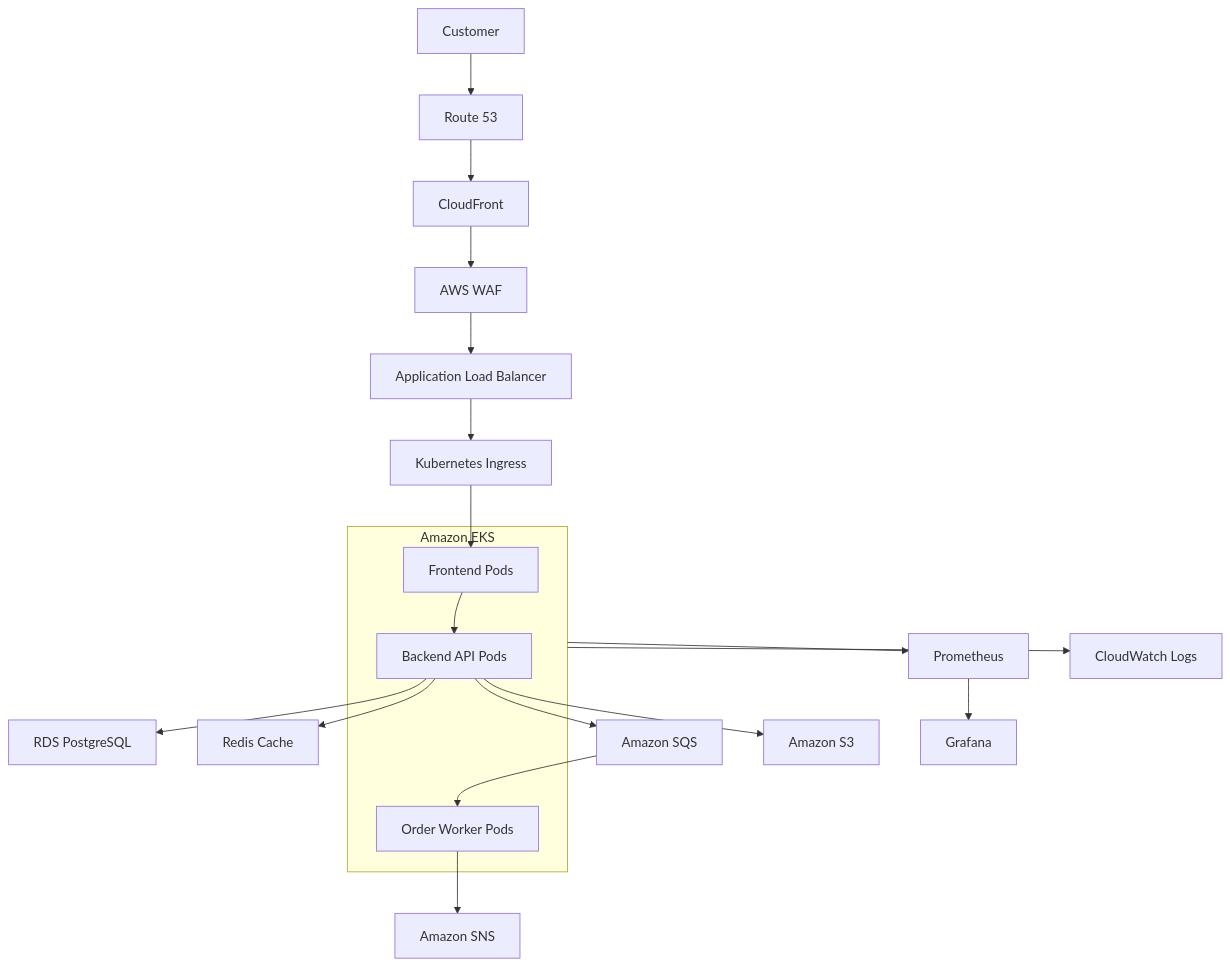
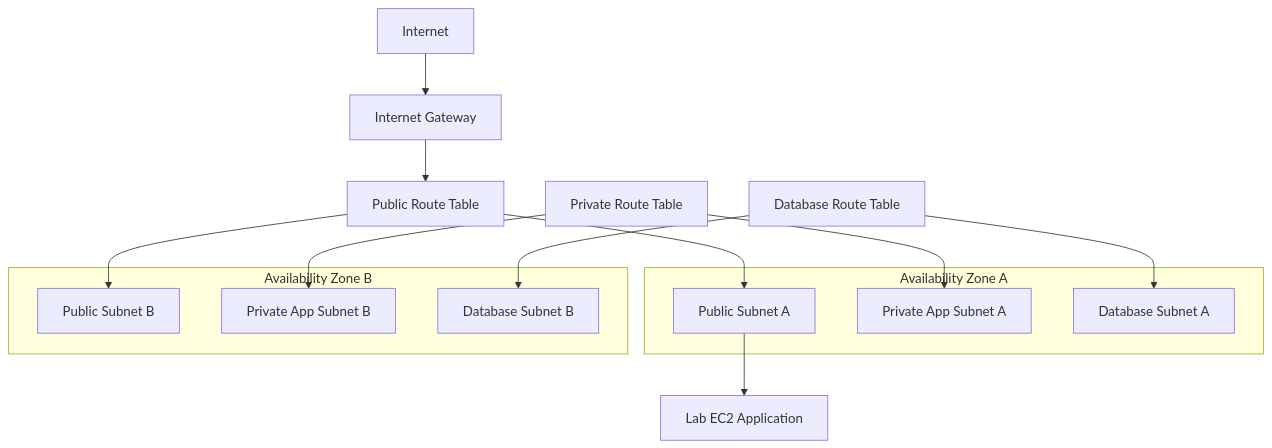
Before and after one commit to anshu-sharma-devops/cloudcart-production-devops-platform: the third of 11 diagrams in README.md, drawn with Mermaid. The commit also changed other lines of this file and 1 other file, not shown here.

````diff
--- a/README.md
+++ b/README.md
@@ -183,28 +160,26 @@
 ```mermaid
-flowchart TD
-    Customer["Customer"] --> DNS["Route 53"]
-    DNS --> CDN["CloudFront"]
-    CDN --> WAF["AWS WAF"]
-    WAF --> ALB["Application Load Balancer"]
+flowchart TB
+    Internet["Internet"] --> IGW["Internet Gateway"]
+    IGW --> RTPub["Public Route Table"]
 
-    ALB --> Ingress["Kubernetes Ingress"]
-
-    subgraph EKS["Amazon EKS"]
-        Frontend["Frontend Pods"]
-        API["Backend API Pods"]
-        Worker["Order Worker Pods"]
+    subgraph AZ1["Availability Zone A"]
+        Pub1["Public Subnet A"]
+        Priv1["Private App Subnet A"]
+        DB1["Database Subnet A"]
     end
 
-    Ingress --> Frontend
-    Frontend --> API
-    API --> Database["RDS PostgreSQL"]
-    API --> Cache["Redis Cache"]
-    API --> Queue["Amazon SQS"]
-    API --> Storage["Amazon S3"]
-    Queue --> Worker
-    Worker --> Notification["Amazon SNS"]
+    subgraph AZ2["Availability Zone B"]
+        Pub2["Public Subnet B"]
+        Priv2["Private App Subnet B"]
+        DB2["Database Subnet B"]
+    end
 
-    Prometheus["Prometheus"] --> Grafana["Grafana"]
-    EKS --> Prometheus
-    EKS --> CloudWatch["CloudWatch Logs"]
+    RTPub --> Pub1
+    RTPub --> Pub2
+    Pub1 --> EC2["Lab EC2 Application"]
+
+    RTPriv["Private Route Table"] --> Priv1
+    RTPriv --> Priv2
+    RTDB["Database Route Table"] --> DB1
+    RTDB --> DB2
 ```
````
